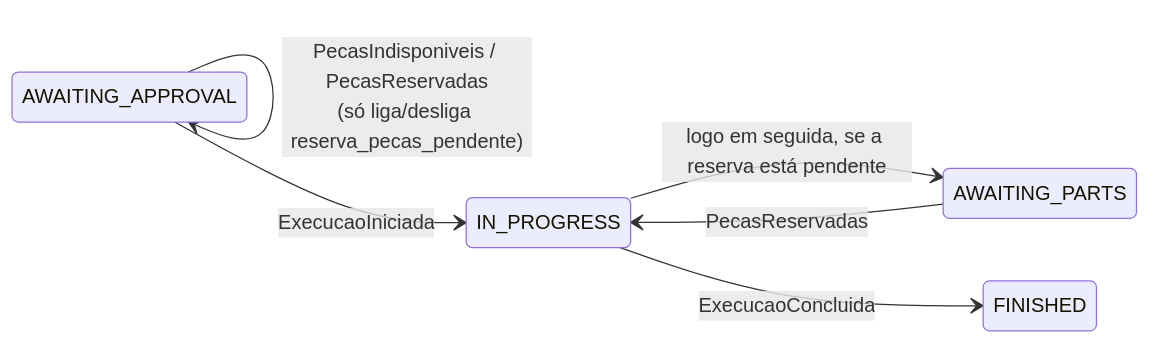
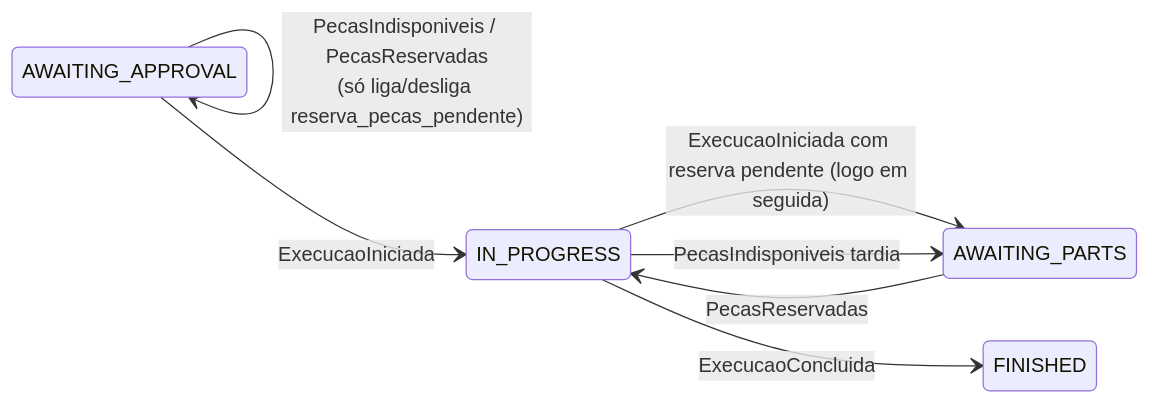
The diagram in docs/architecture/os-service-integracao-execucao.md (Async-And-Furious/async-furious-project), drawn with Mermaid before and after one commit. The commit also changed other lines of this file and 15 other files, not shown here.

````diff
--- a/docs/architecture/os-service-integracao-execucao.md
+++ b/docs/architecture/os-service-integracao-execucao.md
@@ -93,9 +113,10 @@
 ```mermaid
 stateDiagram-v2
     direction LR
     AWAITING_APPROVAL --> AWAITING_APPROVAL: PecasIndisponiveis / PecasReservadas<br/>(só liga/desliga reserva_pecas_pendente)
     AWAITING_APPROVAL --> IN_PROGRESS: ExecucaoIniciada
-    IN_PROGRESS --> AWAITING_PARTS: logo em seguida, se a reserva está pendente
+    IN_PROGRESS --> AWAITING_PARTS: ExecucaoIniciada com reserva pendente (logo em seguida)
+    IN_PROGRESS --> AWAITING_PARTS: PecasIndisponiveis tardia
     AWAITING_PARTS --> IN_PROGRESS: PecasReservadas
     IN_PROGRESS --> FINISHED: ExecucaoConcluida
 ```
````
